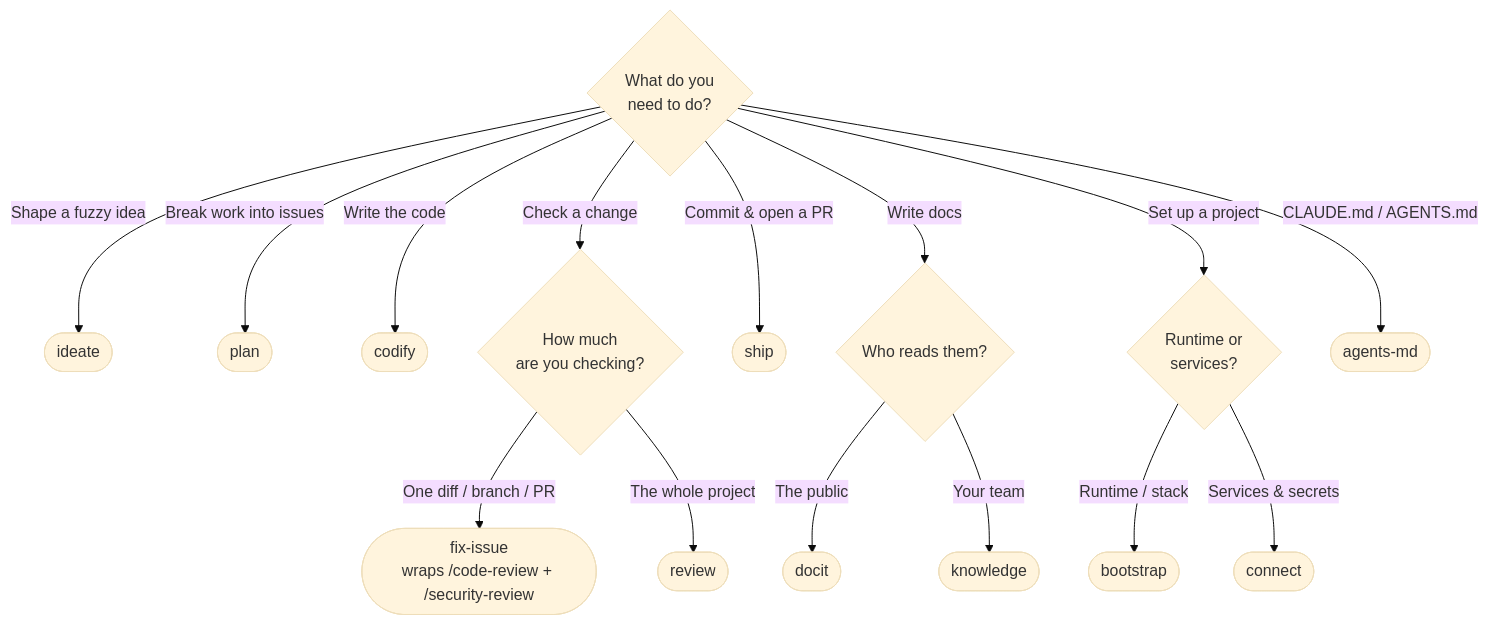
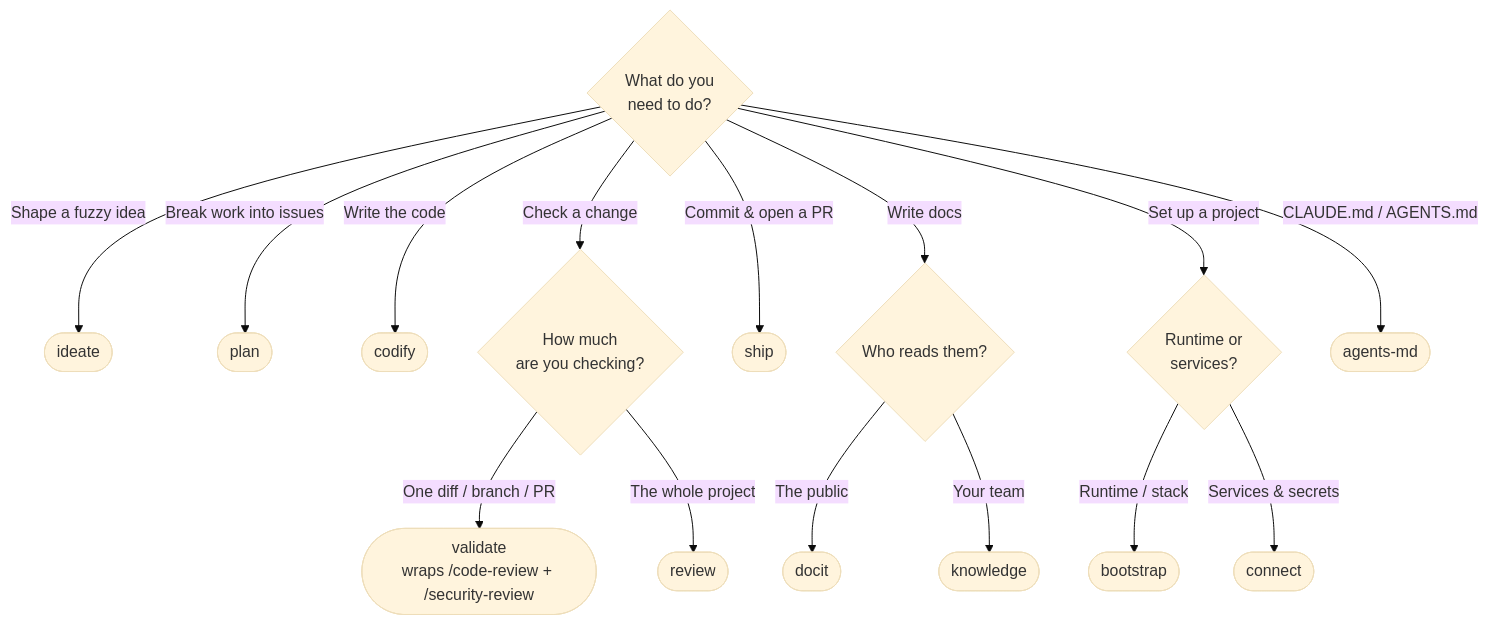
The diagram in docs/reference/skills.md (jwogrady/spark), drawn with Mermaid (base theme) before and after one commit. The commit also changed other lines of this file and 28 other files, not shown here.

````diff
--- a/docs/reference/skills.md
+++ b/docs/reference/skills.md
@@ -17,18 +17,18 @@
 ```mermaid
 flowchart TD
     Q{What do you<br/>need to do?}
     Q -->|Shape a fuzzy idea| I([ideate])
     Q -->|Break work into issues| P([plan])
     Q -->|Write the code| C([codify])
     Q -->|Check a change| R{How much<br/>are you checking?}
-    R -->|One diff / branch / PR| FI([fix-issue<br/>wraps /code-review + /security-review])
+    R -->|One diff / branch / PR| FI([validate<br/>wraps /code-review + /security-review])
     R -->|The whole project| RV([review])
     Q -->|Commit & open a PR| S([ship])
     Q -->|Write docs| D{Who reads them?}
     D -->|The public| DO([docit])
     D -->|Your team| K([knowledge])
     Q -->|Set up a project| SU{Runtime or<br/>services?}
     SU -->|Runtime / stack| B([bootstrap])
     SU -->|Services & secrets| CN([connect])
     Q -->|CLAUDE.md / AGENTS.md| AM([agents-md])
 ```
````
